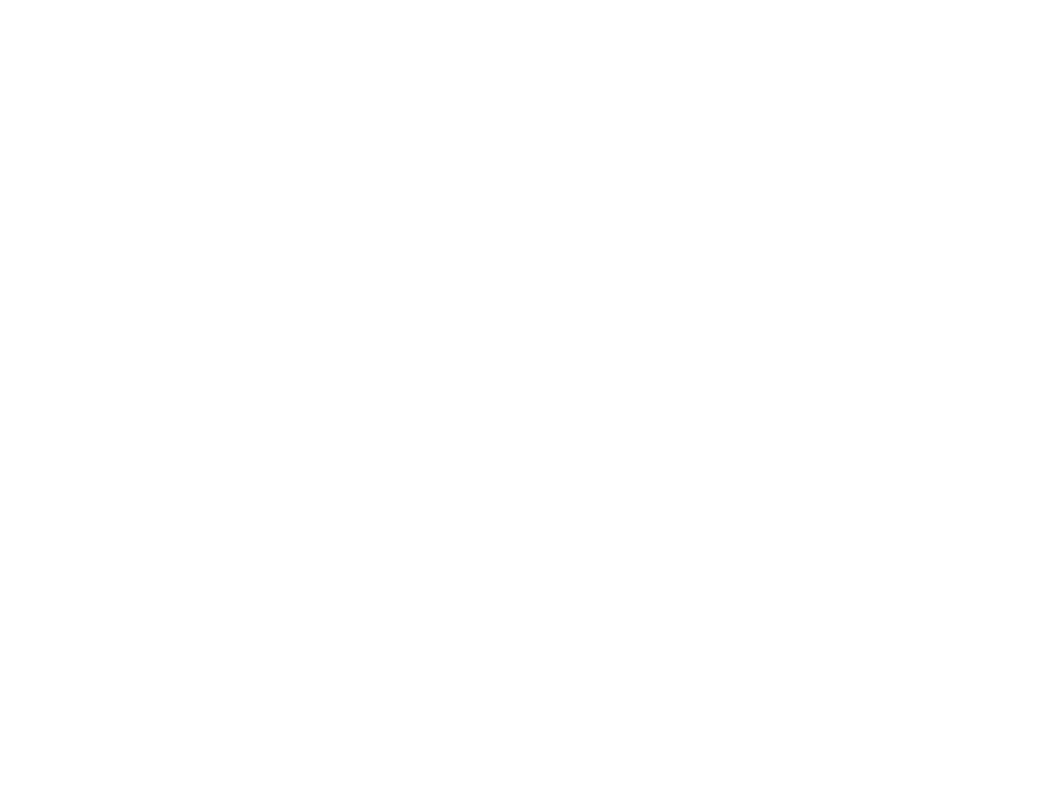
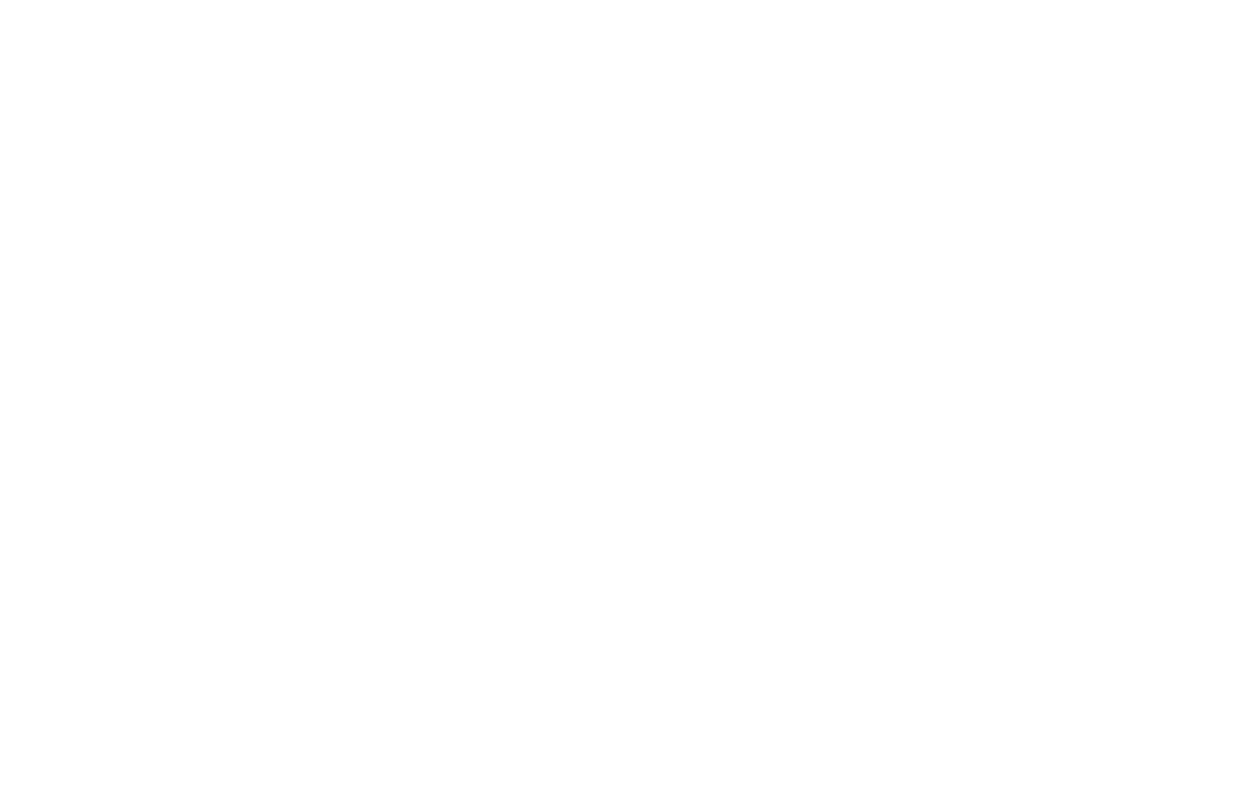
Before and after one commit to dodokek/Tree-Structure-Akinator: the diagram in data/graph.dot, drawn with Graphviz. The commit also changed 7 other files, not shown here.

```diff
--- a/data/graph.dot
+++ b/data/graph.dot
@@ -1,67 +1,73 @@
 
     digraph g {
         dpi      = 200;
         fontname = "Comic Sans MS";
         fontsize = 20;
         rankdir   =  TB;
         edge [color = darkgrey, arrowhead = onormal, arrowsize = 1, penwidth = 1.2]
         graph[fillcolor = lightgreen, ranksep = 1.3, nodesep = 0.5,
         style = "rounded, filled",color = green, penwidth = 2]
 
-    Node0000016fc38c1570[shape=rectangle, color="red", width=0.2, style="filled",fillcolor="lightblue", label="Animal"] 
+    Node000002836fb11580[shape=rectangle, color="red", width=0.2, style="filled",fillcolor="lightblue", label="Animal"] 
  
-Node0000016fc38c1610[shape=rectangle, color="red", width=0.2, style="filled",fillcolor="lightblue", label="SucksDick"] 
+Node000002836fb11620[shape=rectangle, color="red", width=0.2, style="filled",fillcolor="lightblue", label="SucksDick"] 
  
-Node0000016fc38c16b0[shape=rectangle, color="red", width=0.2, style="filled",fillcolor="lightblue", label="StudyInMAI"] 
+Node000002836fb116c0[shape=rectangle, color="red", width=0.2, style="filled",fillcolor="lightblue", label="StudyInMAI"] 
  
-Node0000016fc38c1750[shape=rectangle, color="red", width=0.2, style="filled",fillcolor="lightblue", label="FiveInchDick"] 
+Node000002836fb11760[shape=rectangle, color="red", width=0.2, style="filled",fillcolor="lightblue", label="FiveInchDick"] 
  
-Node0000016fc38c17f0[shape=rectangle, color="red", width=0.2, style="filled",fillcolor="lightblue", label="MishkFreddie"] 
+Node000002836fb11800[shape=rectangle, color="red", width=0.2, style="filled",fillcolor="lightblue", label="MishkFreddie"] 
  
-Node0000016fc38c1890[shape=rectangle, color="red", width=0.2, style="filled",fillcolor="lightblue", label="Dolbaeb"] 
+Node000002836fb118a0[shape=rectangle, color="red", width=0.2, style="filled",fillcolor="lightblue", label="Dolbaeb"] 
  
-Node0000016fc38c1930[shape=rectangle, color="red", width=0.2, style="filled",fillcolor="lightblue", label="Sanya"] 
+Node000002836fb11940[shape=rectangle, color="red", width=0.2, style="filled",fillcolor="lightblue", label="Cool"] 
  
-Node0000016fc38c19d0[shape=rectangle, color="red", width=0.2, style="filled",fillcolor="lightblue", label="Govnovoder"] 
+Node000002836fb119e0[shape=rectangle, color="red", width=0.2, style="filled",fillcolor="lightblue", label="Zhenya"] 
  
-Node0000016fc38c1a70[shape=rectangle, color="red", width=0.2, style="filled",fillcolor="lightblue", label="lox"] 
+Node000002836fb11a80[shape=rectangle, color="red", width=0.2, style="filled",fillcolor="lightblue", label="Sanya"] 
  
-Node0000016fc38c1b10[shape=rectangle, color="red", width=0.2, style="filled",fillcolor="lightblue", label="ya"] 
+Node000002836fb11b20[shape=rectangle, color="red", width=0.2, style="filled",fillcolor="lightblue", label="Govnovoder"] 
  
-Node0000016fc38c1bb0[shape=rectangle, color="red", width=0.2, style="filled",fillcolor="lightblue", label="Krestena"] 
+Node000002836fb11bc0[shape=rectangle, color="red", width=0.2, style="filled",fillcolor="lightblue", label="lox"] 
  
-Node0000016fc38c1c50[shape=rectangle, color="red", width=0.2, style="filled",fillcolor="lightblue", label="Arcadiy"] 
+Node000002836fb11c60[shape=rectangle, color="red", width=0.2, style="filled",fillcolor="lightblue", label="ya"] 
  
-Node0000016fc38c1cf0[shape=rectangle, color="red", width=0.2, style="filled",fillcolor="lightblue", label="CumsAlot"] 
+Node000002836fb11d00[shape=rectangle, color="red", width=0.2, style="filled",fillcolor="lightblue", label="Krestena"] 
  
-Node0000016fc38c71a0[shape=rectangle, color="red", width=0.2, style="filled",fillcolor="lightblue", label="Vitalik"] 
+Node000002836fb171a0[shape=rectangle, color="red", width=0.2, style="filled",fillcolor="lightblue", label="Arcadiy"] 
  
-Node0000016fc38c7560[shape=rectangle, color="red", width=0.2, style="filled",fillcolor="lightblue", label="Coder"] 
+Node000002836fb17440[shape=rectangle, color="red", width=0.2, style="filled",fillcolor="lightblue", label="CumsAlot"] 
  
-Node0000016fc38c7350[shape=rectangle, color="red", width=0.2, style="filled",fillcolor="lightblue", label="Roma"] 
+Node000002836fb17380[shape=rectangle, color="red", width=0.2, style="filled",fillcolor="lightblue", label="Vitalik"] 
  
-Node0000016fc38c7530[shape=rectangle, color="red", width=0.2, style="filled",fillcolor="lightblue", label="Joe"] 
+Node000002836fb173e0[shape=rectangle, color="red", width=0.2, style="filled",fillcolor="lightblue", label="Coder"] 
  
-Node0000016fc38c72f0[shape=rectangle, color="red", width=0.2, style="filled",fillcolor="lightblue", label="Obama"] 
+Node000002836fb17410[shape=rectangle, color="red", width=0.2, style="filled",fillcolor="lightblue", label="Roma"] 
  
-Node0000016fc38c72c0[shape=rectangle, color="red", width=0.2, style="filled",fillcolor="lightblue", label="Sashka"] 
+Node000002836fb172c0[shape=rectangle, color="red", width=0.2, style="filled",fillcolor="lightblue", label="Joe"] 
  
-Node0000016fc38c1570->Node0000016fc38c1610
-Node0000016fc38c1610->Node0000016fc38c16b0
-Node0000016fc38c16b0->Node0000016fc38c1750
-Node0000016fc38c1750->Node0000016fc38c17f0
-Node0000016fc38c1750->Node0000016fc38c1890
-Node0000016fc38c16b0->Node0000016fc38c1930
-Node0000016fc38c1610->Node0000016fc38c19d0
-Node0000016fc38c19d0->Node0000016fc38c1a70
-Node0000016fc38c1a70->Node0000016fc38c1b10
-Node0000016fc38c1a70->Node0000016fc38c1bb0
-Node0000016fc38c19d0->Node0000016fc38c1c50
-Node0000016fc38c1570->Node0000016fc38c1cf0
-Node0000016fc38c1cf0->Node0000016fc38c71a0
-Node0000016fc38c1cf0->Node0000016fc38c7560
-Node0000016fc38c7560->Node0000016fc38c7350
-Node0000016fc38c7560->Node0000016fc38c7530
-Node0000016fc38c7530->Node0000016fc38c72f0
-Node0000016fc38c7530->Node0000016fc38c72c0
+Node000002836fb172f0[shape=rectangle, color="red", width=0.2, style="filled",fillcolor="lightblue", label="Obama"] 
+ 
+Node000002836fb17470[shape=rectangle, color="red", width=0.2, style="filled",fillcolor="lightblue", label="Sashka"] 
+ 
+Node000002836fb11580->Node000002836fb11620
+Node000002836fb11620->Node000002836fb116c0
+Node000002836fb116c0->Node000002836fb11760
+Node000002836fb11760->Node000002836fb11800
+Node000002836fb11760->Node000002836fb118a0
+Node000002836fb116c0->Node000002836fb11940
+Node000002836fb11940->Node000002836fb119e0
+Node000002836fb11940->Node000002836fb11a80
+Node000002836fb11620->Node000002836fb11b20
+Node000002836fb11b20->Node000002836fb11bc0
+Node000002836fb11bc0->Node000002836fb11c60
+Node000002836fb11bc0->Node000002836fb11d00
+Node000002836fb11b20->Node000002836fb171a0
+Node000002836fb11580->Node000002836fb17440
+Node000002836fb17440->Node000002836fb17380
+Node000002836fb17440->Node000002836fb173e0
+Node000002836fb173e0->Node000002836fb17410
+Node000002836fb173e0->Node000002836fb172c0
+Node000002836fb172c0->Node000002836fb172f0
+Node000002836fb172c0->Node000002836fb17470
 }
```
